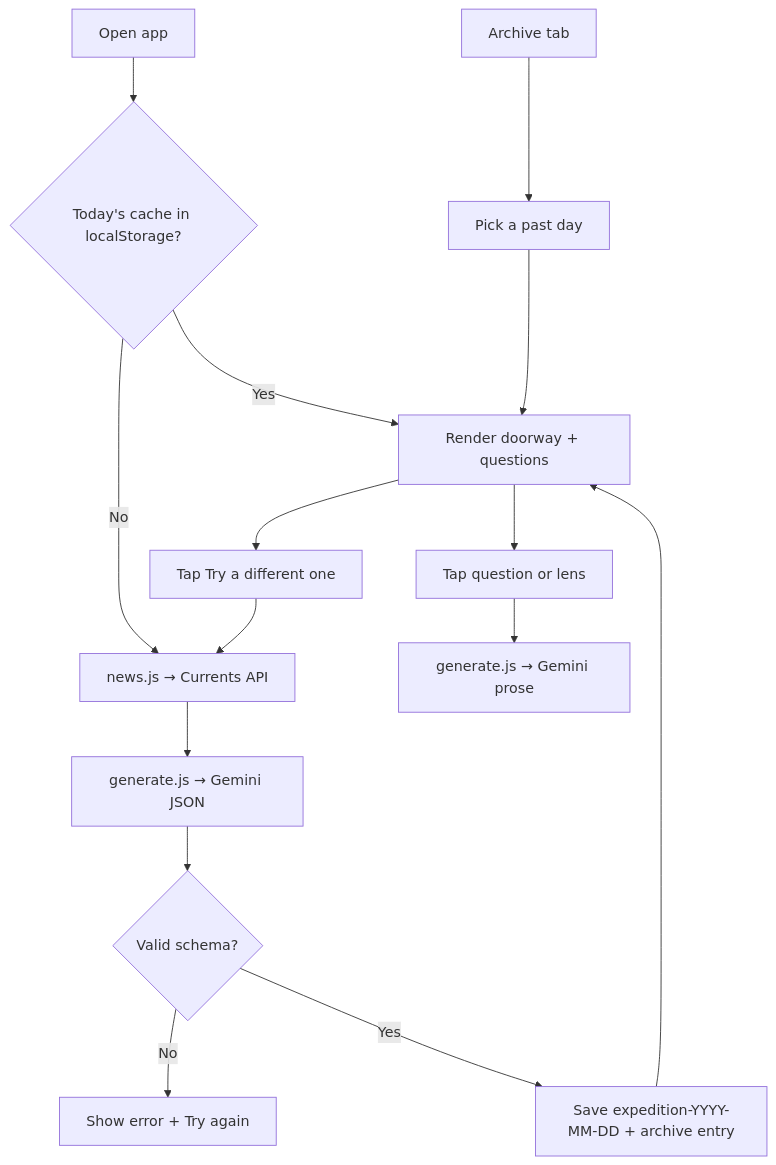
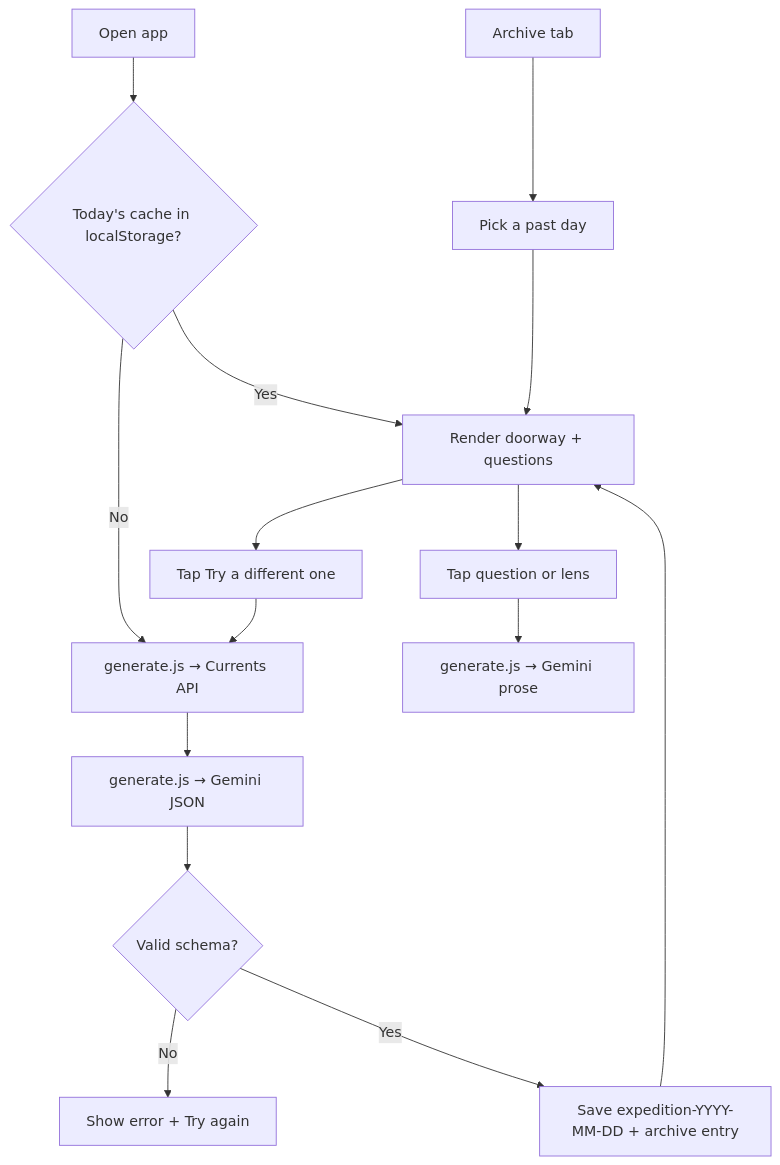
Before and after one commit to saarthakg/daily-expedition: the diagram in README.md, drawn with Mermaid. The commit also changed other lines of this file and 5 other files, not shown here.

````diff
--- a/README.md
+++ b/README.md
@@ -23,17 +23,17 @@
 ```mermaid
 flowchart TD
   A[Open app] --> B{Today's cache in localStorage?}
   B -->|Yes| C[Render doorway + questions]
-  B -->|No| D[news.js → Currents API]
+  B -->|No| D[generate.js → Currents API]
   D --> E[generate.js → Gemini JSON]
   E --> F{Valid schema?}
   F -->|No| X[Show error + Try again]
   F -->|Yes| G[Save expedition-YYYY-MM-DD + archive entry]
   G --> C
   C --> H[Tap question or lens]
   H --> I[generate.js → Gemini prose]
   C --> J["Tap Try a different one"]
   J --> D
   K[Archive tab] --> L[Pick a past day]
   L --> C
 ```
````
